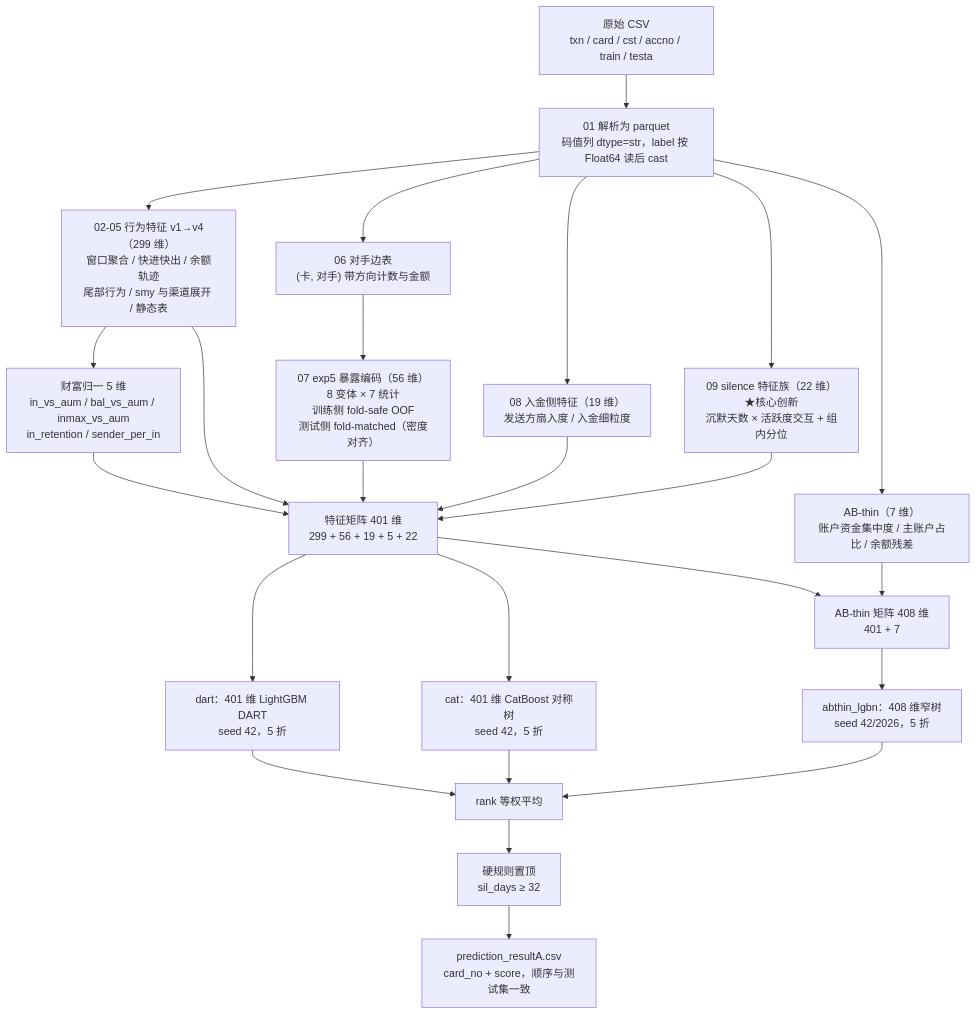
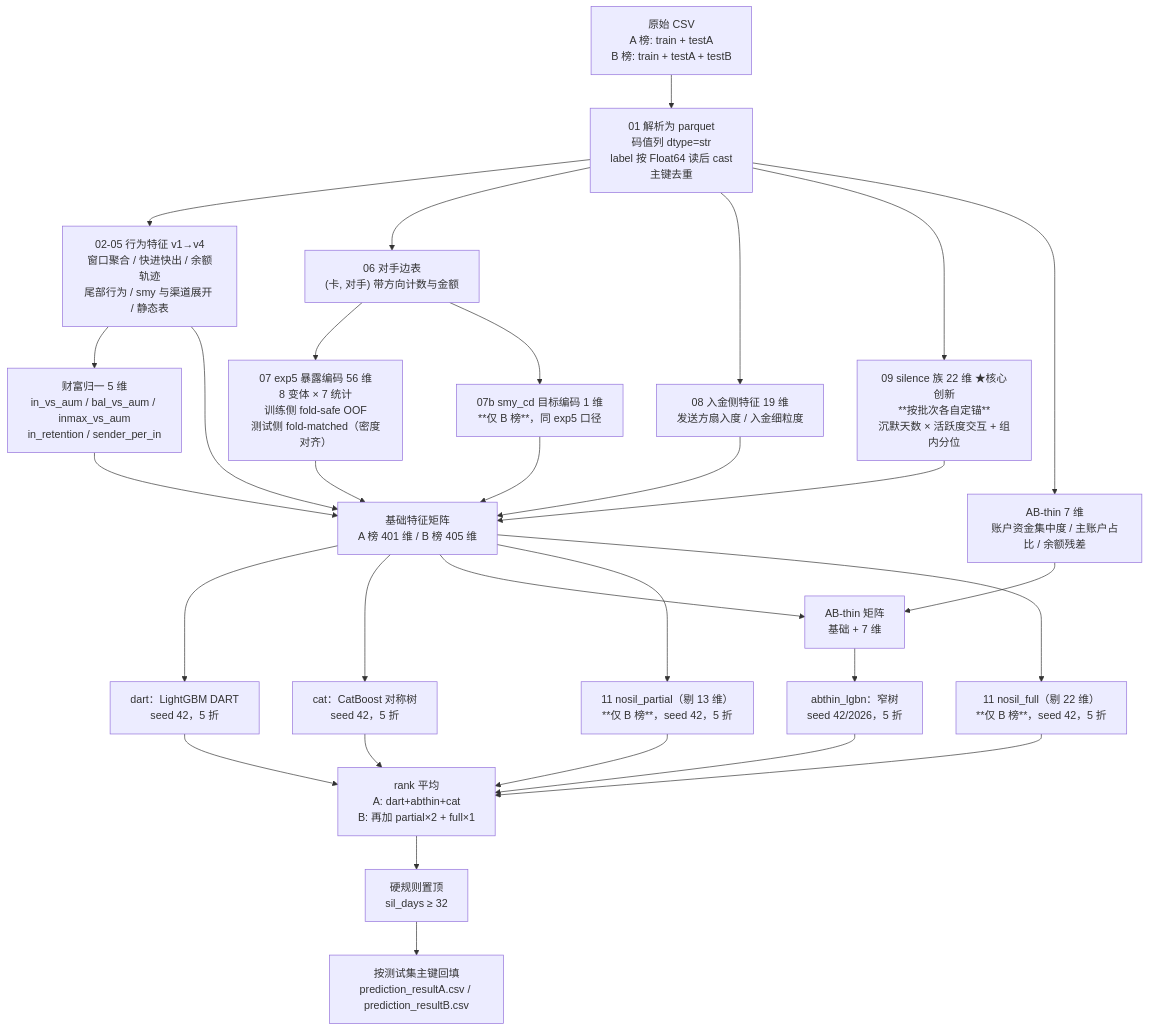
Before and after one commit to Tristan-Tan/data-analysis: the diagram in 选手姓名-赛题X-审查材料说明.md, drawn with Mermaid. The commit also changed other lines of this file and 40 other files, not shown here.

````diff
--- a/选手姓名-赛题X-审查材料说明.md
+++ b/选手姓名-赛题X-审查材料说明.md
@@ -164,32 +245,38 @@
 ```mermaid
 flowchart TD
-    A["原始 CSV<br/>txn / card / cst / accno / train / testa"] --> B["01 解析为 parquet<br/>码值列 dtype=str，label 按 Float64 读后 cast"]
+    A["原始 CSV<br/>A 榜: train + testA<br/>B 榜: train + testA + testB"] --> B["01 解析为 parquet<br/>码值列 dtype=str<br/>label 按 Float64 读后 cast<br/>主键去重"]
 
-    B --> C1["02-05 行为特征 v1→v4（299 维）<br/>窗口聚合 / 快进快出 / 余额轨迹<br/>尾部行为 / smy 与渠道展开 / 静态表"]
+    B --> C1["02-05 行为特征 v1→v4<br/>窗口聚合 / 快进快出 / 余额轨迹<br/>尾部行为 / smy 与渠道展开 / 静态表"]
     B --> C2["06 对手边表<br/>(卡, 对手) 带方向计数与金额"]
-    B --> C3["08 入金侧特征（19 维）<br/>发送方扇入度 / 入金细粒度"]
-    B --> C4["09 silence 特征族（22 维）★核心创新<br/>沉默天数 × 活跃度交互 + 组内分位"]
-    B --> C5["AB-thin（7 维）<br/>账户资金集中度 / 主账户占比 / 余额残差"]
+    B --> C3["08 入金侧特征 19 维<br/>发送方扇入度 / 入金细粒度"]
+    B --> C4["09 silence 族 22 维 ★核心创新<br/>**按批次各自定锚**<br/>沉默天数 × 活跃度交互 + 组内分位"]
+    B --> C5["AB-thin 7 维<br/>账户资金集中度 / 主账户占比 / 余额残差"]
 
-    C2 --> D["07 exp5 暴露编码（56 维）<br/>8 变体 × 7 统计<br/>训练侧 fold-safe OOF<br/>测试侧 fold-matched（密度对齐）"]
+    C2 --> D["07 exp5 暴露编码 56 维<br/>8 变体 × 7 统计<br/>训练侧 fold-safe OOF<br/>测试侧 fold-matched（密度对齐）"]
+    C2 --> D2["07b smy_cd 目标编码 1 维<br/>**仅 B 榜**，同 exp5 口径"]
 
     C1 --> E["财富归一 5 维<br/>in_vs_aum / bal_vs_aum / inmax_vs_aum<br/>in_retention / sender_per_in"]
 
-    C1 --> F["特征矩阵 401 维<br/>299 + 56 + 19 + 5 + 22"]
+    C1 --> F["基础特征矩阵<br/>A 榜 401 维 / B 榜 405 维"]
     C3 --> F
     C4 --> F
     D --> F
+    D2 --> F
     E --> F
 
-    F --> G1["dart：401 维 LightGBM DART<br/>seed 42，5 折"]
-    F --> G3["cat：401 维 CatBoost 对称树<br/>seed 42，5 折"]
-    F --> F2["AB-thin 矩阵 408 维<br/>401 + 7"]
+    F --> G1["dart：LightGBM DART<br/>seed 42，5 折"]
+    F --> G3["cat：CatBoost 对称树<br/>seed 42，5 折"]
+    F --> F2["AB-thin 矩阵<br/>基础 + 7 维"]
     C5 --> F2
-    F2 --> G2["abthin_lgbn：408 维窄树<br/>seed 42/2026，5 折"]
+    F2 --> G2["abthin_lgbn：窄树<br/>seed 42/2026，5 折"]
+    F --> G4["11 nosil_partial（剔 13 维）<br/>**仅 B 榜**，seed 42，5 折"]
+    F --> G5["11 nosil_full（剔 22 维）<br/>**仅 B 榜**，seed 42，5 折"]
 
-    G1 --> H["rank 等权平均"]
+    G1 --> H["rank 平均<br/>A: dart+abthin+cat<br/>B: 再加 partial×2 + full×1"]
     G2 --> H
     G3 --> H
+    G4 --> H
+    G5 --> H
     H --> I["硬规则置顶<br/>sil_days ≥ 32"]
-    I --> J["prediction_resultA.csv<br/>card_no + score，顺序与测试集一致"]
+    I --> J["按测试集主键回填<br/>prediction_resultA.csv / prediction_resultB.csv"]
 ```
````
